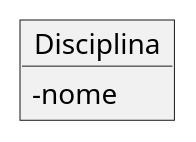
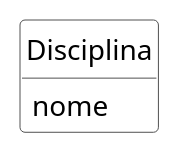
Before and after one commit to kyriosdata/oo: the diagram in imagens/modelos-01/imagem-01/mod01ima01.plantuml, drawn with PlantUML. The commit also changed 1 other file, not shown here.

```diff
--- a/imagens/modelos-01/imagem-01/mod01ima01.plantuml
+++ b/imagens/modelos-01/imagem-01/mod01ima01.plantuml
@@ -1,5 +1,17 @@
 @startuml mod01ima01
-skinparam classAttributeIconSize 0
-object Disciplina
-Disciplina : - nome
+
+hide circle
+hide methods
+hide empty members
+
+skinparam class {
+    BackgroundColor White
+    ArrowColor Black
+    BorderColor #505050
+}
+
+class Disciplina {
+    nome
+} 
+
 @enduml
```
